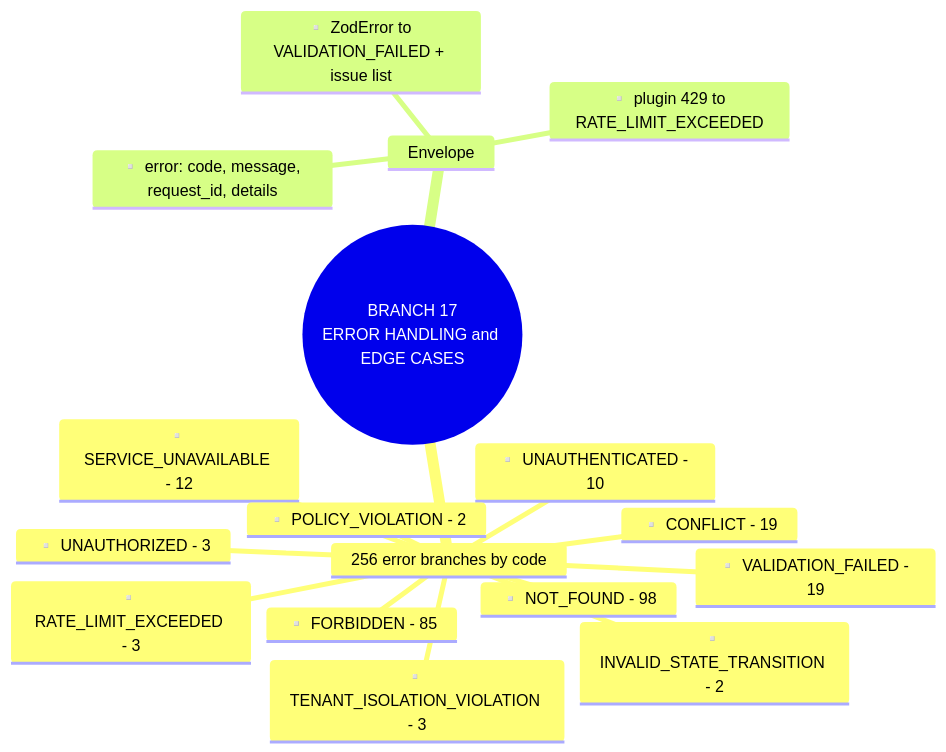
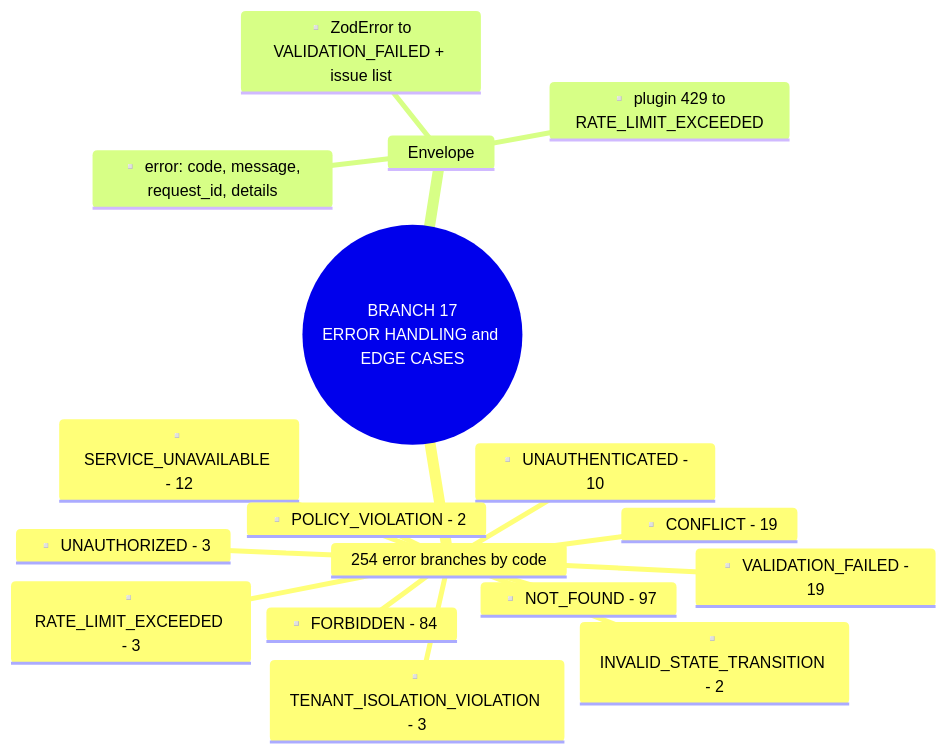
One commit to yhsomani/talentsphere-complete changed diagram 19 of 22 in project-mindmap/master/MASTER_PROJECT_DIAGRAMS.md. Above: the diagram before and after it, drawn with Mermaid. The commit also changed other lines of this file and 171 other files, not shown here.

First line of the commit message:
docs(mindmap): feature catalog to nano level and graph views

````diff
--- a/project-mindmap/master/MASTER_PROJECT_DIAGRAMS.md
+++ b/project-mindmap/master/MASTER_PROJECT_DIAGRAMS.md
@@ -525,20 +525,20 @@
 ```mermaid
 mindmap
   root(("BRANCH 17<br/>ERROR HANDLING and EDGE CASES"))
-    256 error branches by code
-      ▫️ NOT_FOUND - 98
-      ▫️ FORBIDDEN - 85
+    254 error branches by code
+      ▫️ NOT_FOUND - 97
+      ▫️ FORBIDDEN - 84
       ▫️ CONFLICT - 19
       ▫️ VALIDATION_FAILED - 19
       ▫️ SERVICE_UNAVAILABLE - 12
       ▫️ UNAUTHENTICATED - 10
       ▫️ RATE_LIMIT_EXCEEDED - 3
       ▫️ UNAUTHORIZED - 3
       ▫️ TENANT_ISOLATION_VIOLATION - 3
       ▫️ POLICY_VIOLATION - 2
       ▫️ INVALID_STATE_TRANSITION - 2
     Envelope
       ▫️ error: code, message, request_id, details
       ▫️ ZodError to VALIDATION_FAILED + issue list
       ▫️ plugin 429 to RATE_LIMIT_EXCEEDED
 ```
````
